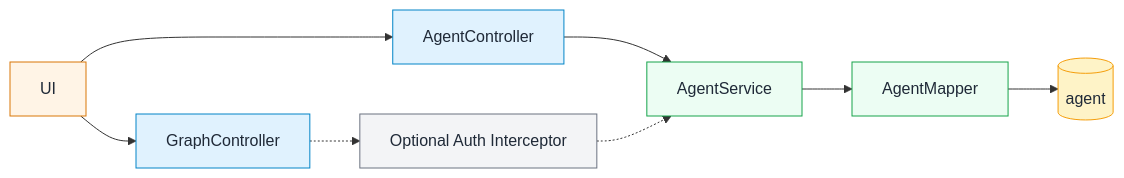
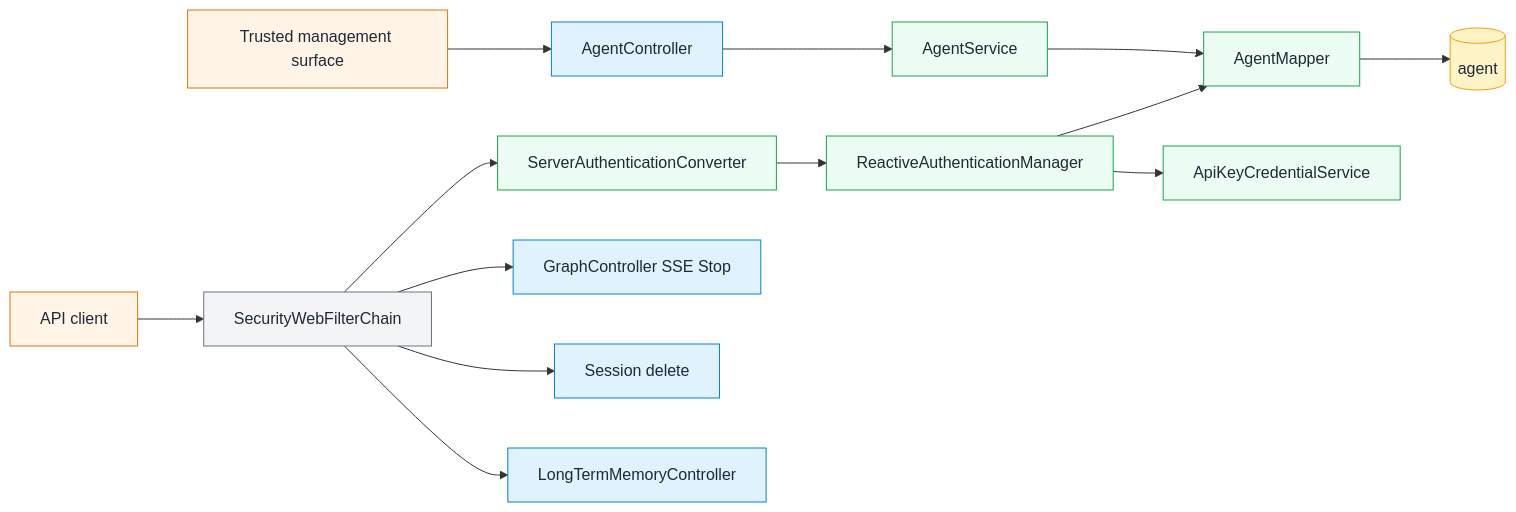
Diagram 15 of 18 in docs/ARCHITECTURE-en.md (spring-ai-alibaba/DataAgent), drawn with Mermaid before and after one commit. The commit also changed other lines of this file and 7 other files, not shown here.

Commit message:
docs: correct memory API and authentication contract

````diff
--- a/docs/ARCHITECTURE-en.md
+++ b/docs/ARCHITECTURE-en.md
@@ -629,22 +646,27 @@
 ```mermaid
 flowchart LR
-  UI --> AgentAPI[AgentController]
+  Admin[Trusted management surface] --> AgentAPI[AgentController]
   AgentAPI --> AgentSvc[AgentService]
   AgentSvc --> AgentMapper[AgentMapper]
   AgentMapper --> AgentDB[(agent)]
-  UI --> GraphAPI[GraphController]
-  GraphAPI -.-> Auth[Optional Auth Interceptor]
-  Auth -.-> AgentSvc
+  Client[API client] --> Security[SecurityWebFilterChain]
+  Security --> Converter[ServerAuthenticationConverter]
+  Converter --> Manager[ReactiveAuthenticationManager]
+  Manager --> AgentMapper
+  Manager --> Credential[ApiKeyCredentialService]
+  Security --> GraphAPI[GraphController SSE Stop]
+  Security --> SessionAPI[Session delete]
+  Security --> MemoryAPI[LongTermMemoryController]
 
   classDef client fill:#FFF4E6,stroke:#D97706,stroke-width:1px,color:#1F2937;
   classDef api fill:#E0F2FE,stroke:#0284C7,stroke-width:1px,color:#1F2937;
   classDef service fill:#ECFDF3,stroke:#16A34A,stroke-width:1px,color:#1F2937;
   classDef data fill:#FEF3C7,stroke:#F59E0B,stroke-width:1px,color:#1F2937;
   classDef control fill:#F3F4F6,stroke:#6B7280,stroke-width:1px,color:#1F2937;
 
-  class UI client
-  class AgentAPI,GraphAPI api
-  class AgentSvc,AgentMapper service
+  class Admin,Client client
+  class AgentAPI,GraphAPI,SessionAPI,MemoryAPI api
+  class AgentSvc,AgentMapper,Converter,Manager,Credential service
   class AgentDB data
-  class Auth control
+  class Security control
 ```
````
